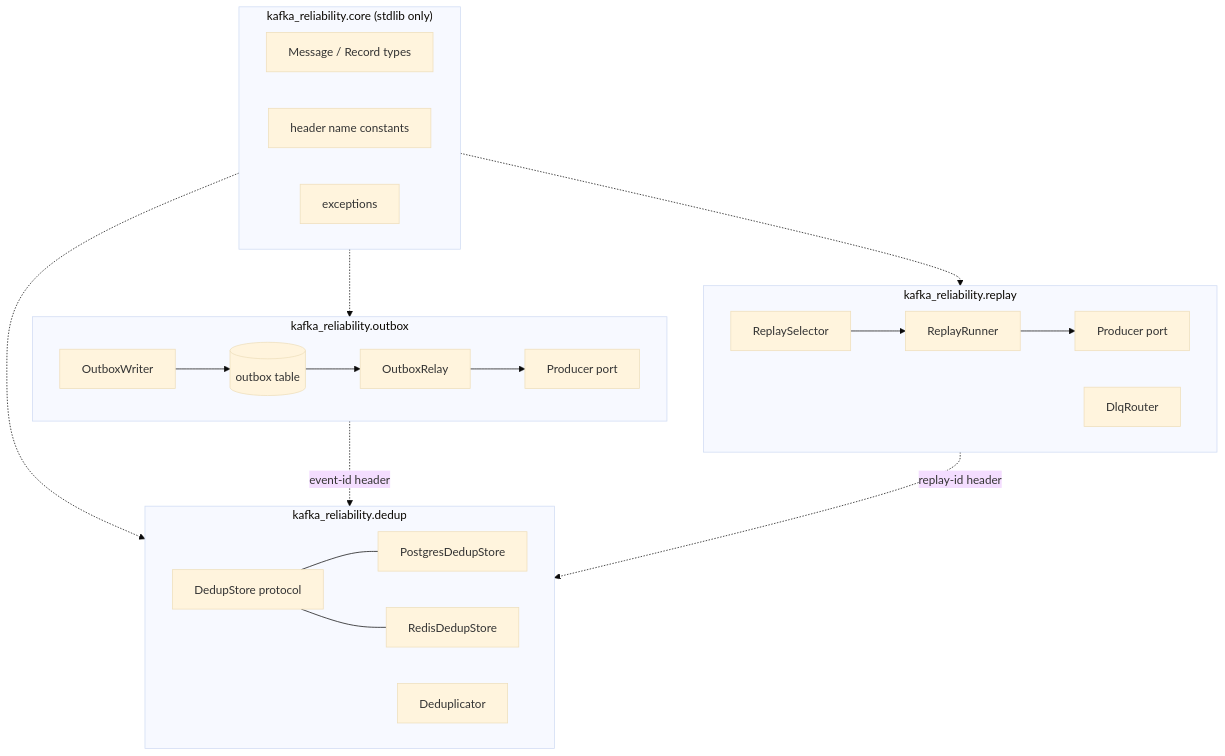
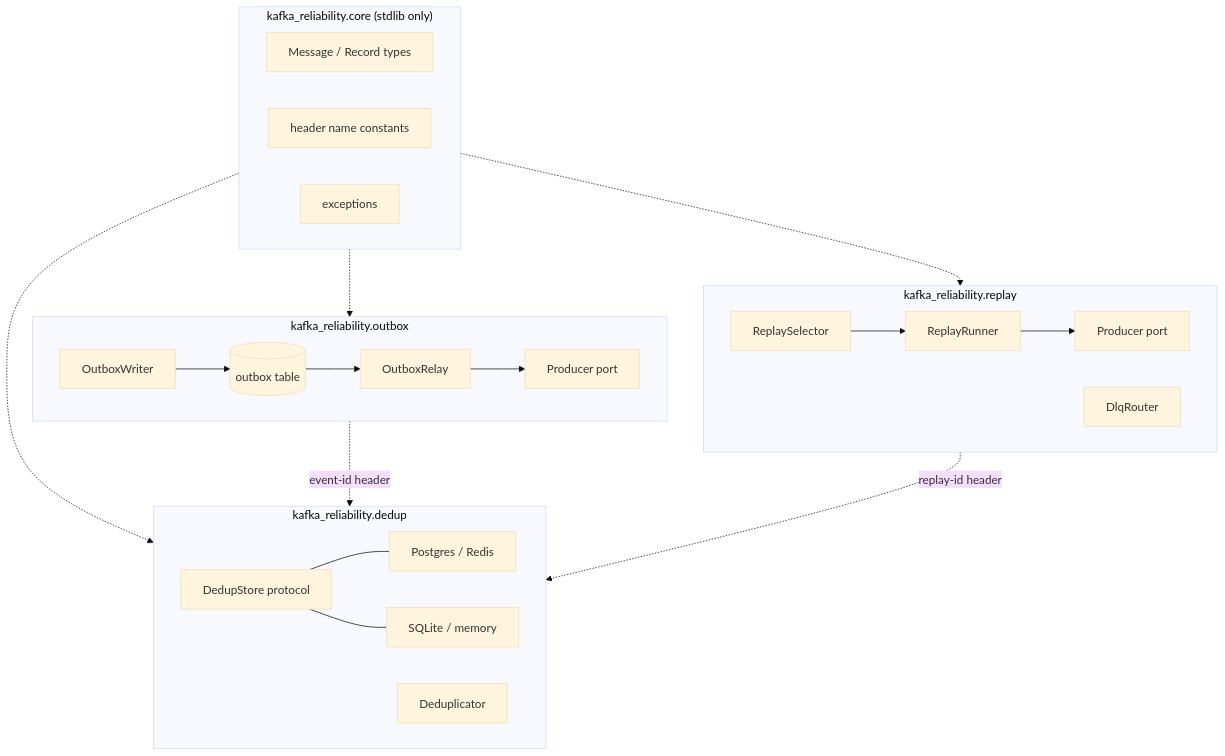
The diagram in docs/claude/05-architecture.md (pablodt00/kafka-reliability), drawn with Mermaid (base theme) before and after one commit. The commit also changed other lines of this file and 7 other files, not shown here.

````diff
--- a/docs/claude/05-architecture.md
+++ b/docs/claude/05-architecture.md
@@ -36,27 +37,27 @@
 ```mermaid
 flowchart TB
     subgraph core["kafka_reliability.core (stdlib only)"]
       M[Message / Record types]
       H[header name constants]
       E[exceptions]
     end
     subgraph outbox["kafka_reliability.outbox"]
       OW[OutboxWriter] --> OT[(outbox table)]
       OT --> OR[OutboxRelay] --> P1[Producer port]
     end
     subgraph dedup["kafka_reliability.dedup"]
       DS[DedupStore protocol]
-      DS --- PGS[PostgresDedupStore]
-      DS --- RS[RedisDedupStore]
+      DS --- PGS[Postgres / Redis]
+      DS --- RS[SQLite / memory]
       DG[Deduplicator]
     end
     subgraph replay["kafka_reliability.replay"]
       RS2[ReplaySelector] --> RR[ReplayRunner] --> P2[Producer port]
       DLQ[DlqRouter]
     end
     core -.-> outbox
     core -.-> dedup
     core -.-> replay
     outbox -. "event-id header" .-> dedup
     replay -. "replay-id header" .-> dedup
 ```
````
